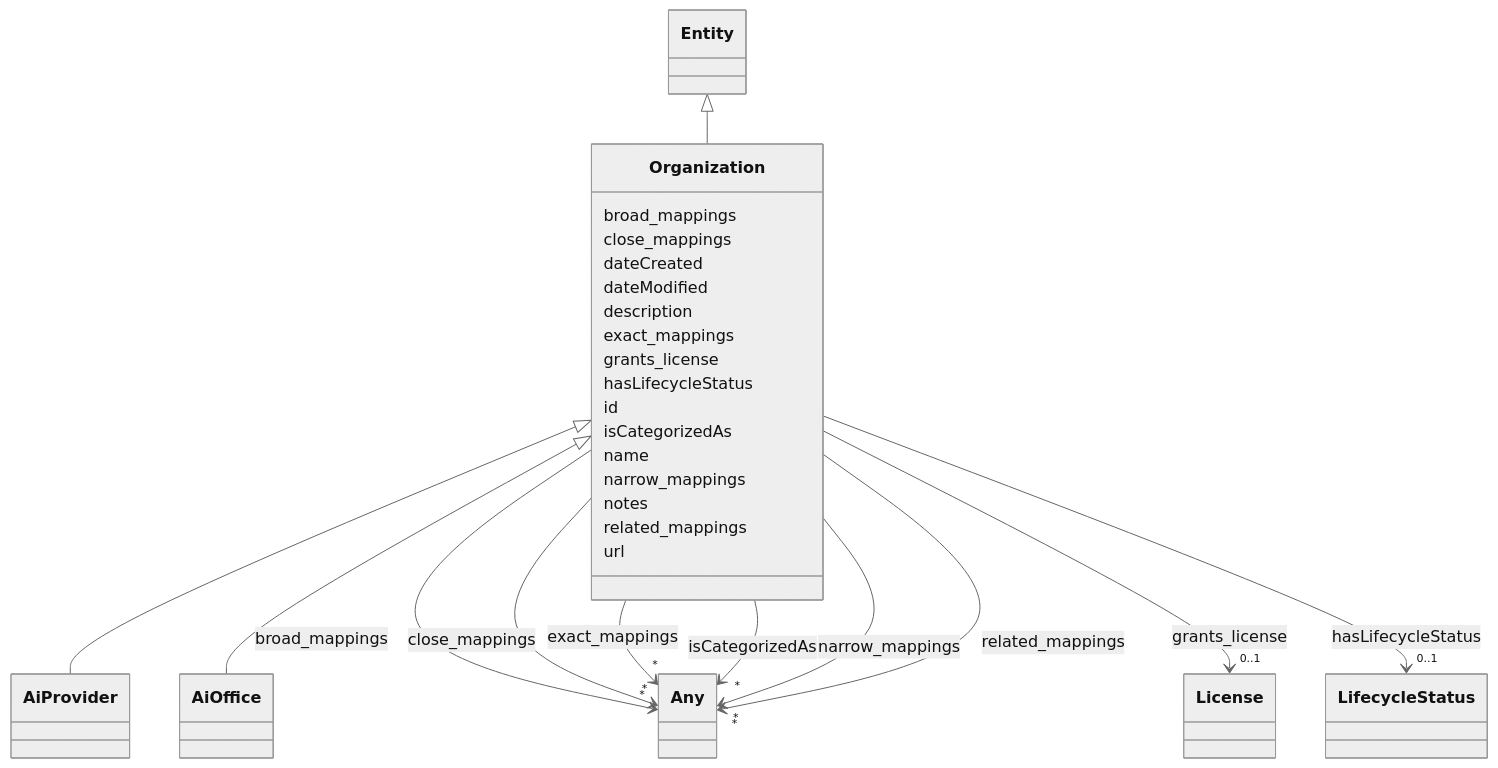
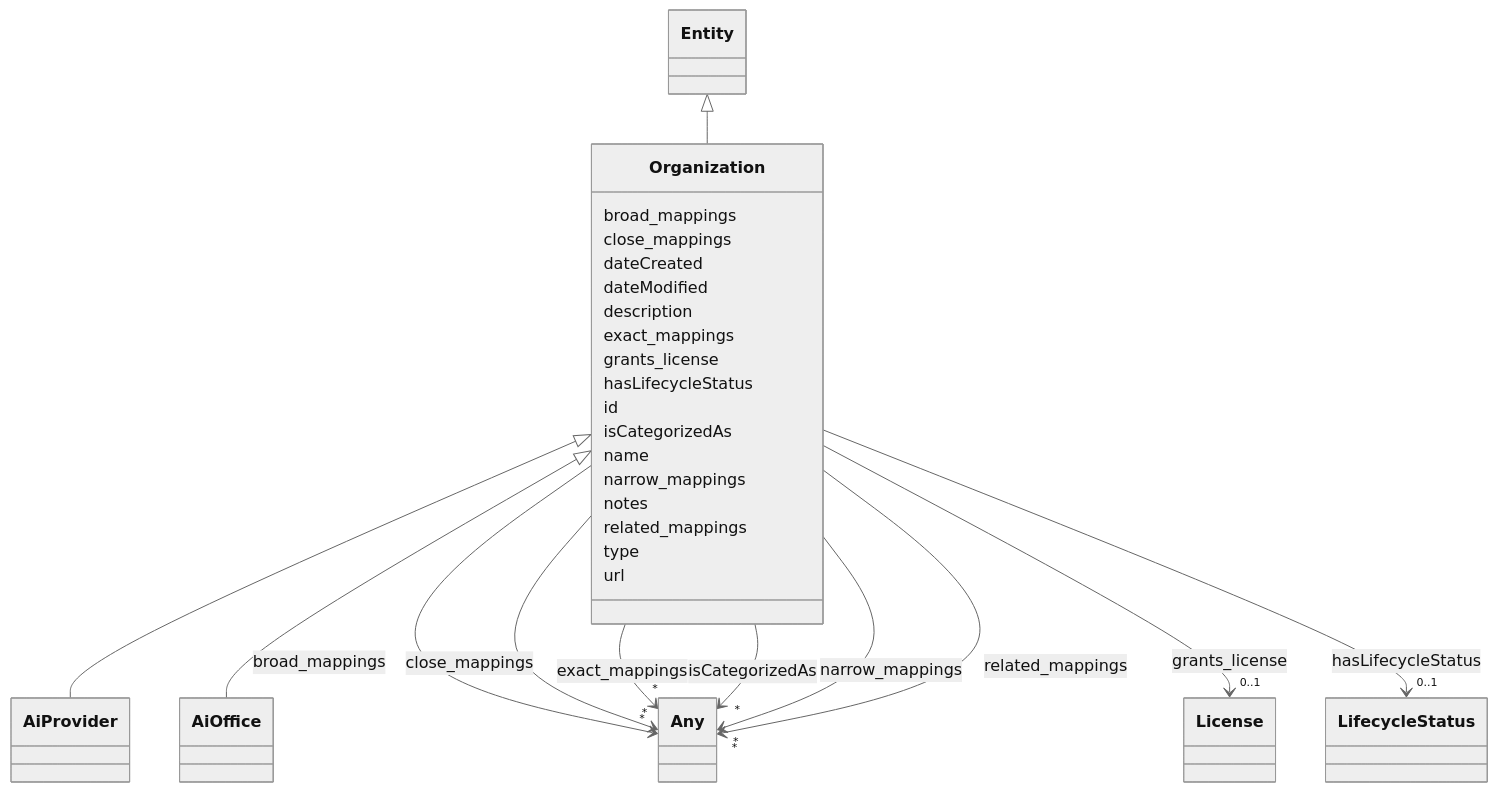
The diagram in docs/ontology/Organization.md (IBM/ai-atlas-nexus), drawn with Mermaid (neutral theme) before and after one commit. The commit also changed other lines of this file and 153 other files, not shown here.

First line of the commit message:
feat: add schema changes for AI evaluations and and example with AEF-1 framework (#284)

```diff
--- a/docs/ontology/Organization.md
+++ b/docs/ontology/Organization.md
@@ -125,6 +125,8 @@
 
 
 
+      Organization : type
+
       Organization : url
 
 
```
